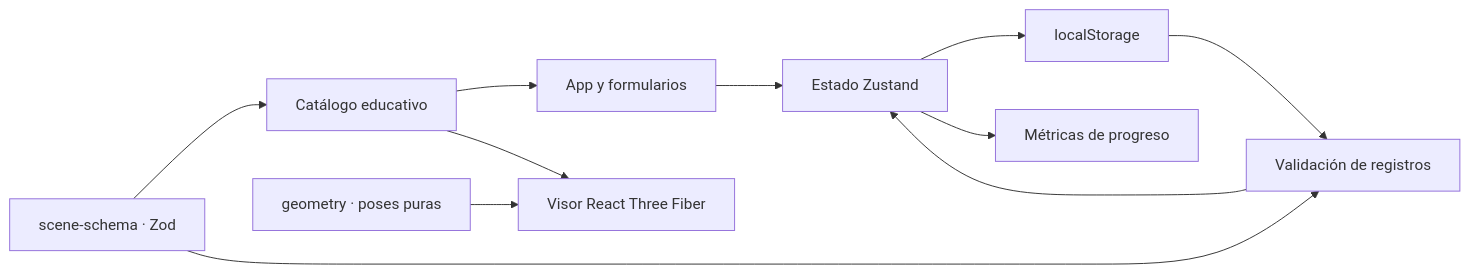
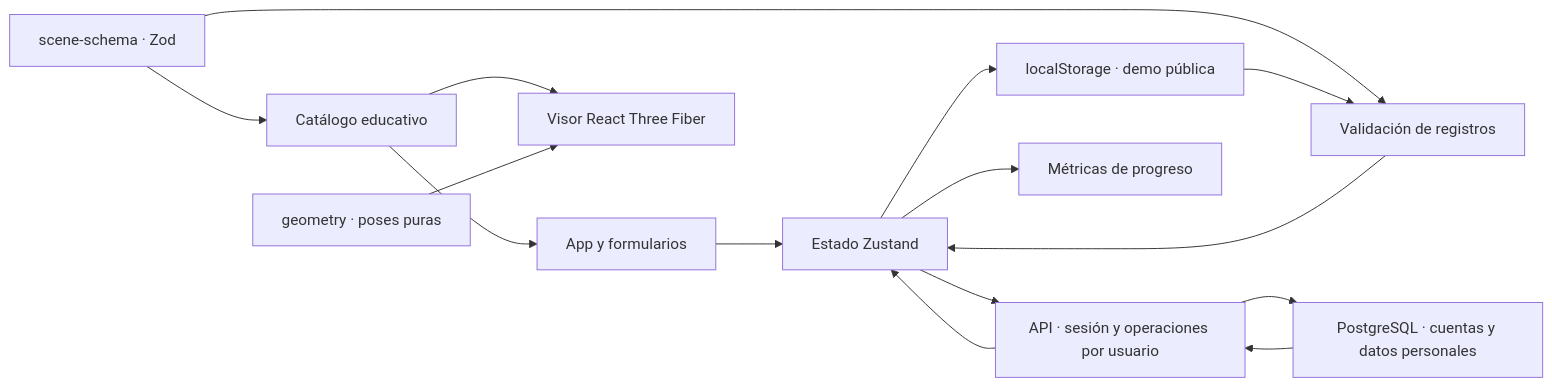
Before and after one commit to pablitxn/klisteniapp: the diagram in docs/architecture.md, drawn with Mermaid. The commit also changed other lines of this file and 57 other files, not shown here.

````diff
--- a/docs/architecture.md
+++ b/docs/architecture.md
@@ -39,13 +43,17 @@
 ```mermaid
 flowchart LR
   S[scene-schema · Zod] --> D[Catálogo educativo]
   S --> P[Validación de registros]
   D --> A[App y formularios]
   A --> Z[Estado Zustand]
-  Z --> L[localStorage]
+  Z --> L[localStorage · demo pública]
   L --> P
   P --> Z
+  Z --> API[API · sesión y operaciones por usuario]
+  API --> DB[PostgreSQL · cuentas y datos personales]
+  DB --> API
+  API --> Z
   Z --> M[Métricas de progreso]
   D --> V[Visor React Three Fiber]
   G[geometry · poses puras] --> V
 ```
````
